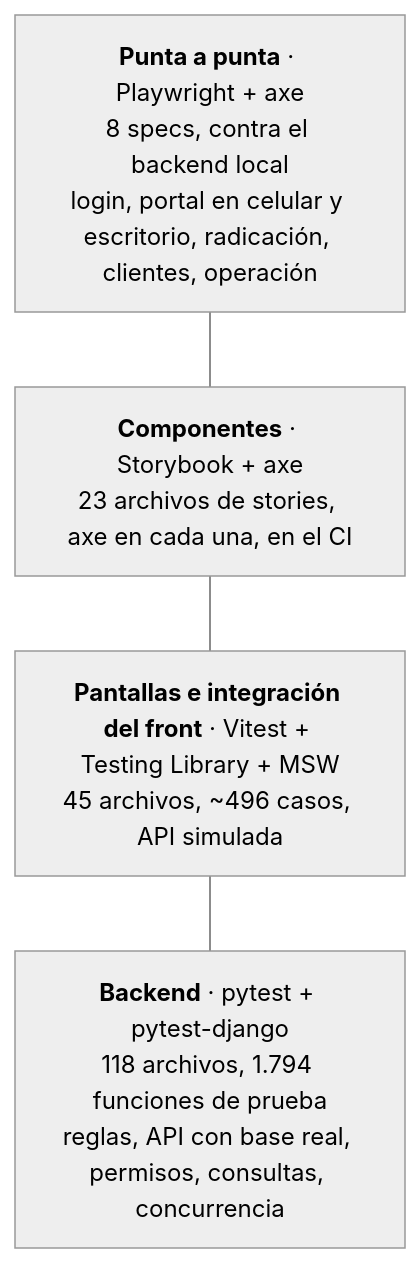
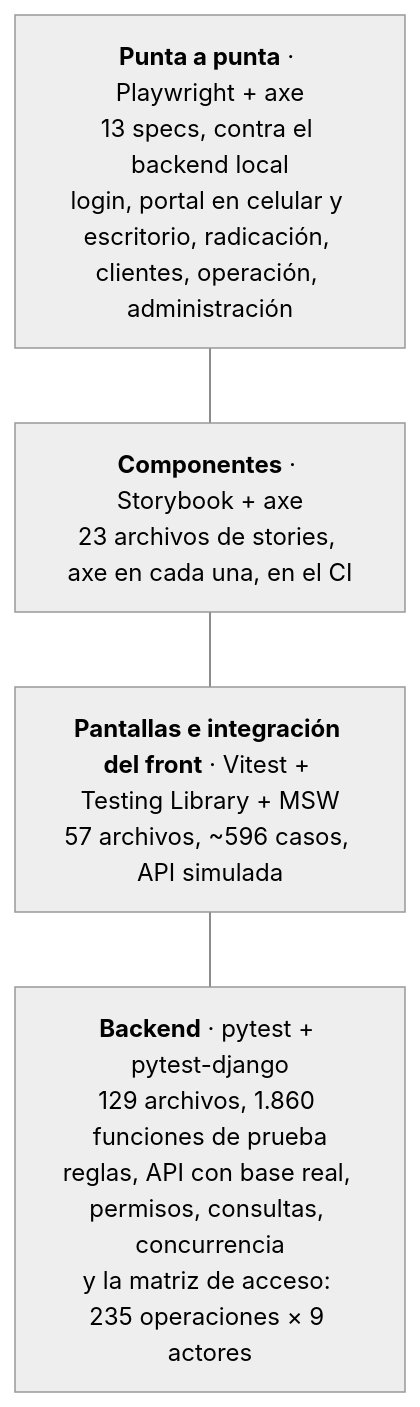
One commit to CarlosDev88/real-estate-credit-backoffice changed the first of 2 diagrams in docs/guia/09-calidad.md. Above: the diagram before and after it, drawn with Mermaid (neutral theme). The commit also changed other lines of this file and 10 other files, not shown here.

````diff
--- a/docs/guia/09-calidad.md
+++ b/docs/guia/09-calidad.md
@@ -24,8 +24,8 @@
 ```mermaid
 flowchart TB
-    e2e["<b>Punta a punta</b> · Playwright + axe<br/>8 specs, contra el backend local<br/>login, portal en celular y escritorio, radicación, clientes, operación"]
+    e2e["<b>Punta a punta</b> · Playwright + axe<br/>13 specs, contra el backend local<br/>login, portal en celular y escritorio, radicación, clientes, operación, administración"]
     sb["<b>Componentes</b> · Storybook + axe<br/>23 archivos de stories, axe en cada una, en el CI"]
-    fe["<b>Pantallas e integración del front</b> · Vitest + Testing Library + MSW<br/>45 archivos, ~496 casos, API simulada"]
-    be["<b>Backend</b> · pytest + pytest-django<br/>118 archivos, 1.794 funciones de prueba<br/>reglas, API con base real, permisos, consultas, concurrencia"]
+    fe["<b>Pantallas e integración del front</b> · Vitest + Testing Library + MSW<br/>57 archivos, ~596 casos, API simulada"]
+    be["<b>Backend</b> · pytest + pytest-django<br/>129 archivos, 1.860 funciones de prueba<br/>reglas, API con base real, permisos, consultas, concurrencia<br/>y la matriz de acceso: 235 operaciones × 9 actores"]
     e2e --- sb --- fe --- be
 ```
````
